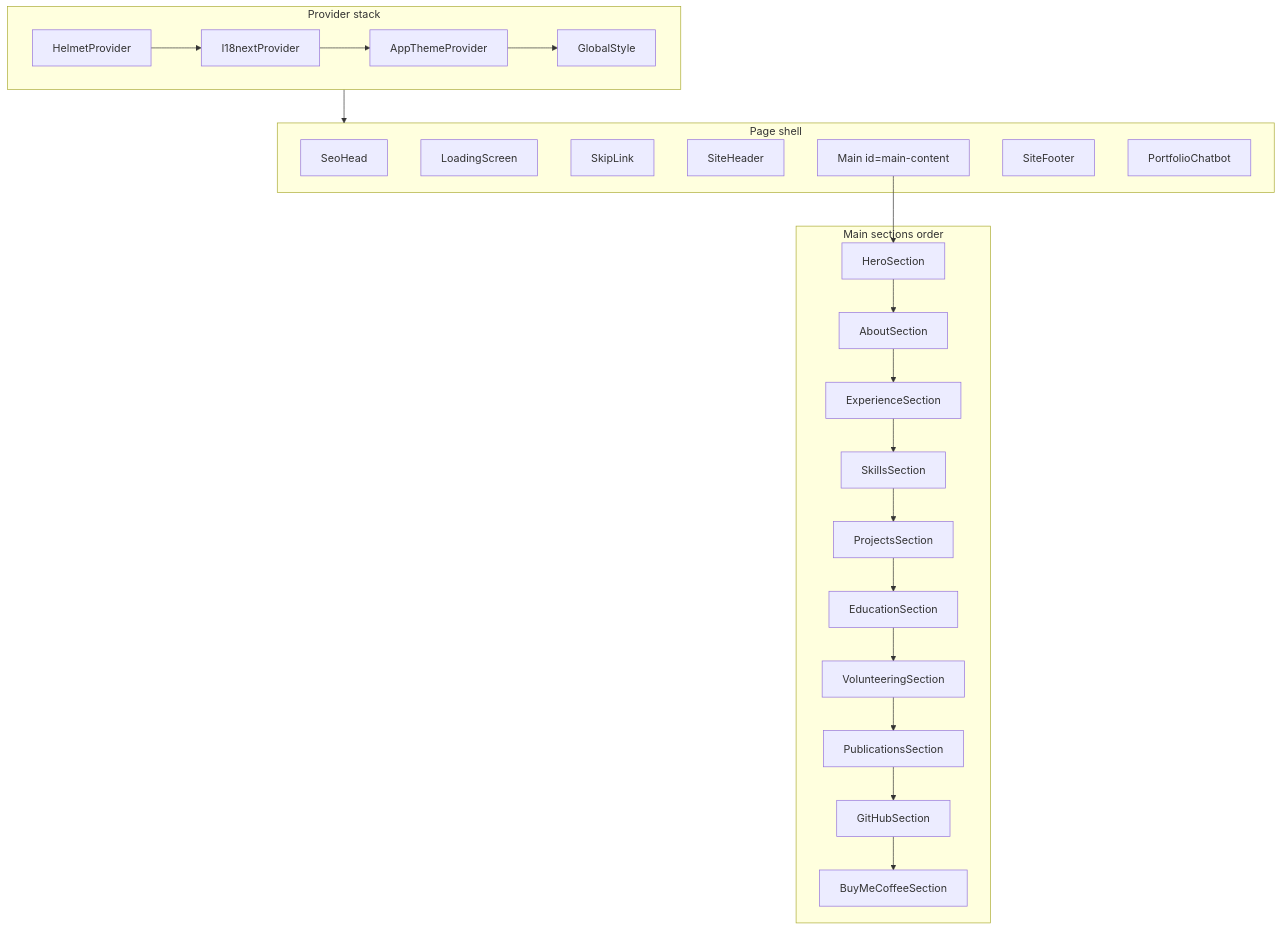
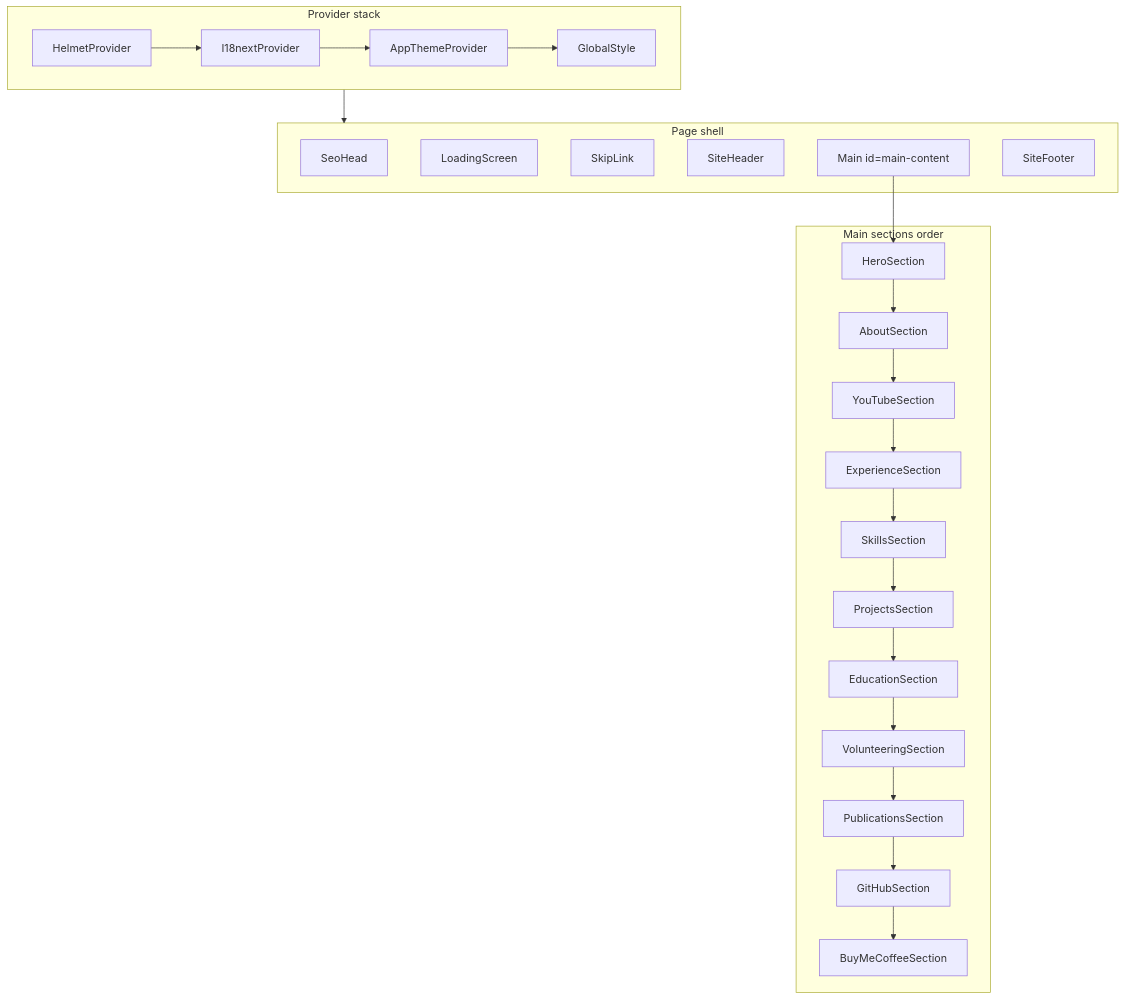
One commit to kdutta25/my-portfolio changed the first of 5 diagrams in README.md. Above: the diagram before and after it, drawn with Mermaid. The commit also changed other lines of this file and 12 other files, not shown here.

Commit message:
Move YouTube section after About Me; remove the portfolio chat bubble

````diff
--- a/README.md
+++ b/README.md
@@ -83,37 +83,37 @@
 ```mermaid
 flowchart TB
   subgraph providers["Provider stack"]
     HP[HelmetProvider]
     IP[I18nextProvider]
     ATP[AppThemeProvider]
     GS[GlobalStyle]
     HP --> IP --> ATP --> GS
   end
 
   subgraph shell["Page shell"]
     SEO[SeoHead]
     LS[LoadingScreen]
     SK[SkipLink]
     HDR[SiteHeader]
     MN[Main id=main-content]
     FTR[SiteFooter]
-    CHAT[PortfolioChatbot]
   end
 
   providers --> shell
 
   subgraph sections["Main sections order"]
     H[HeroSection]
     A[AboutSection]
+    Y[YouTubeSection]
     E[ExperienceSection]
     S[SkillsSection]
     P[ProjectsSection]
     ED[EducationSection]
     V[VolunteeringSection]
     PU[PublicationsSection]
     G[GitHubSection]
     B[BuyMeCoffeeSection]
   end
 
-  MN --> H --> A --> E --> S --> P --> ED --> V --> PU --> G --> B
+  MN --> H --> A --> Y --> E --> S --> P --> ED --> V --> PU --> G --> B
 ```
````
